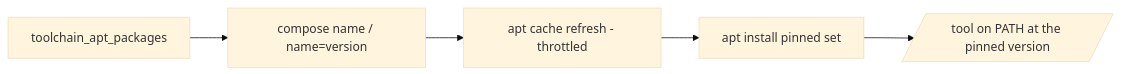
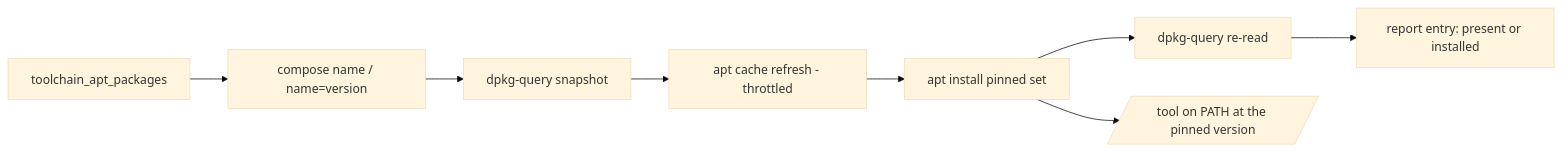
Before and after one commit to Klark-Morrigan/Common-Ansible: the diagram in roles/toolchain_apt/README.md, drawn with Mermaid (base theme). The commit also changed other lines of this file and 43 other files, not shown here.

````diff
--- a/roles/toolchain_apt/README.md
+++ b/roles/toolchain_apt/README.md
@@ -51,7 +70,10 @@
 ```mermaid
 flowchart LR
   PKGS[toolchain_apt_packages] --> SPEC[compose name / name=version]
-  SPEC --> CACHE[apt cache refresh - throttled]
+  SPEC --> BEFORE[dpkg-query snapshot]
+  BEFORE --> CACHE[apt cache refresh - throttled]
   CACHE --> INST[apt install pinned set]
+  INST --> AFTER[dpkg-query re-read]
+  AFTER --> REP[report entry: present or installed]
   INST --> BIN[/tool on PATH at the pinned version/]
 ```
````
